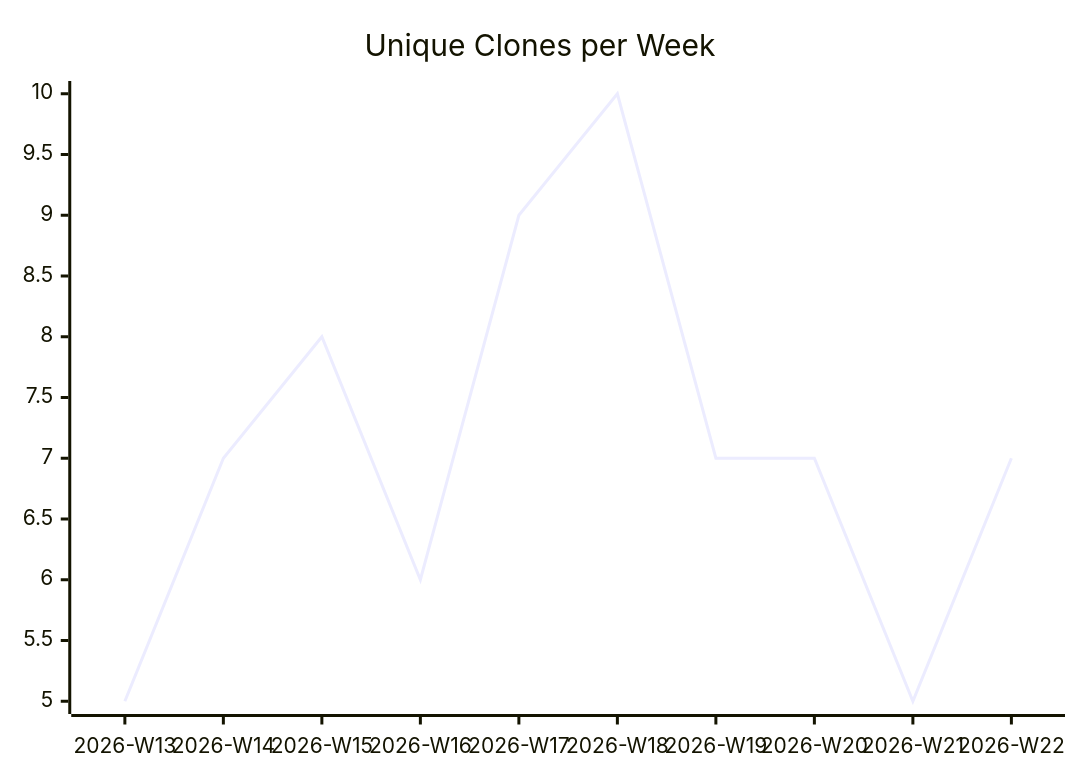
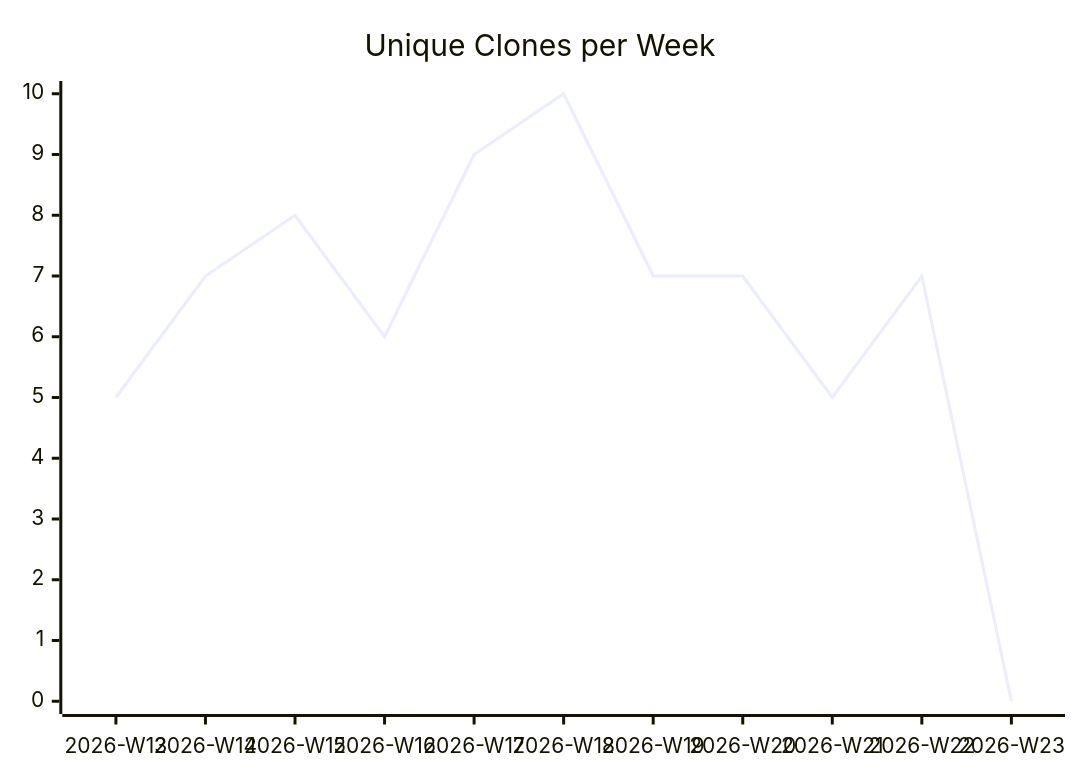
The third of 3 diagrams in karlmdavis/ansible-role-jenkins2/README.md (justdavis-family/github-analytics-data), drawn with Mermaid before and after one commit. The commit also changed other lines of this file and 186 other files, not shown here.

````diff
--- a/karlmdavis/ansible-role-jenkins2/README.md
+++ b/karlmdavis/ansible-role-jenkins2/README.md
@@ -19,6 +19,6 @@
 ```mermaid
 xychart-beta
   title "Unique Clones per Week"
-  x-axis ["2026-W13", "2026-W14", "2026-W15", "2026-W16", "2026-W17", "2026-W18", "2026-W19", "2026-W20", "2026-W21", "2026-W22"]
-  line [5, 7, 8, 6, 9, 10, 7, 7, 5, 7]
+  x-axis ["2026-W13", "2026-W14", "2026-W15", "2026-W16", "2026-W17", "2026-W18", "2026-W19", "2026-W20", "2026-W21", "2026-W22", "2026-W23"]
+  line [5, 7, 8, 6, 9, 10, 7, 7, 5, 7, 0]
 ```
````
